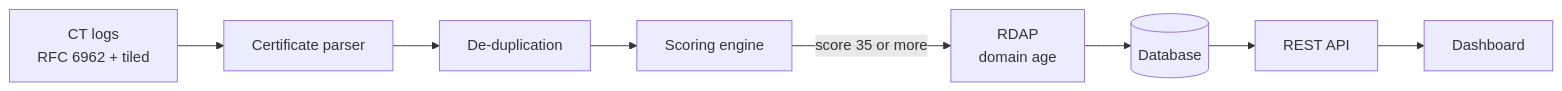
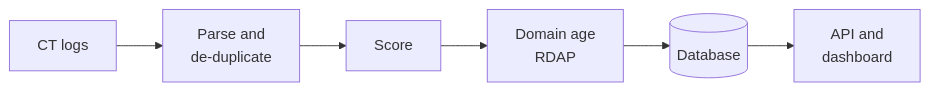
Before and after one commit to ofekfanian/phishguard: the diagram in README.md, drawn with Mermaid.

Commit message:
Simplify the architecture diagram so it stays readable

````diff
--- a/README.md
+++ b/README.md
@@ -64,10 +64,8 @@
 ```mermaid
 flowchart LR
-    A[CT logs<br>RFC 6962 + tiled] --> B[Certificate parser]
-    B --> C[De-duplication]
-    C --> D[Scoring engine]
-    D -->|score 35 or more| E[RDAP<br>domain age]
-    E --> F[(Database)]
-    F --> G[REST API]
-    G --> H[Dashboard]
+    A[CT logs] --> B[Parse and<br>de-duplicate]
+    B --> C[Score]
+    C --> D[Domain age<br>RDAP]
+    D --> E[(Database)]
+    E --> F[API and<br>dashboard]
 ```
````
